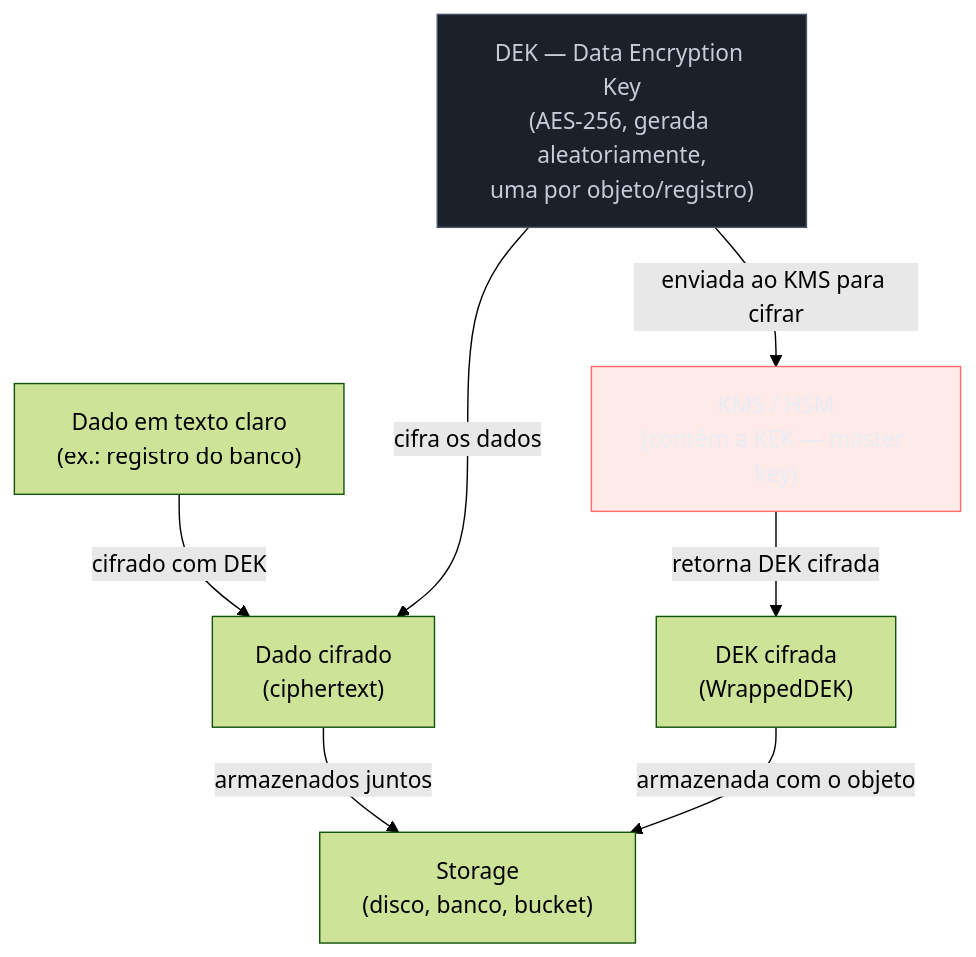
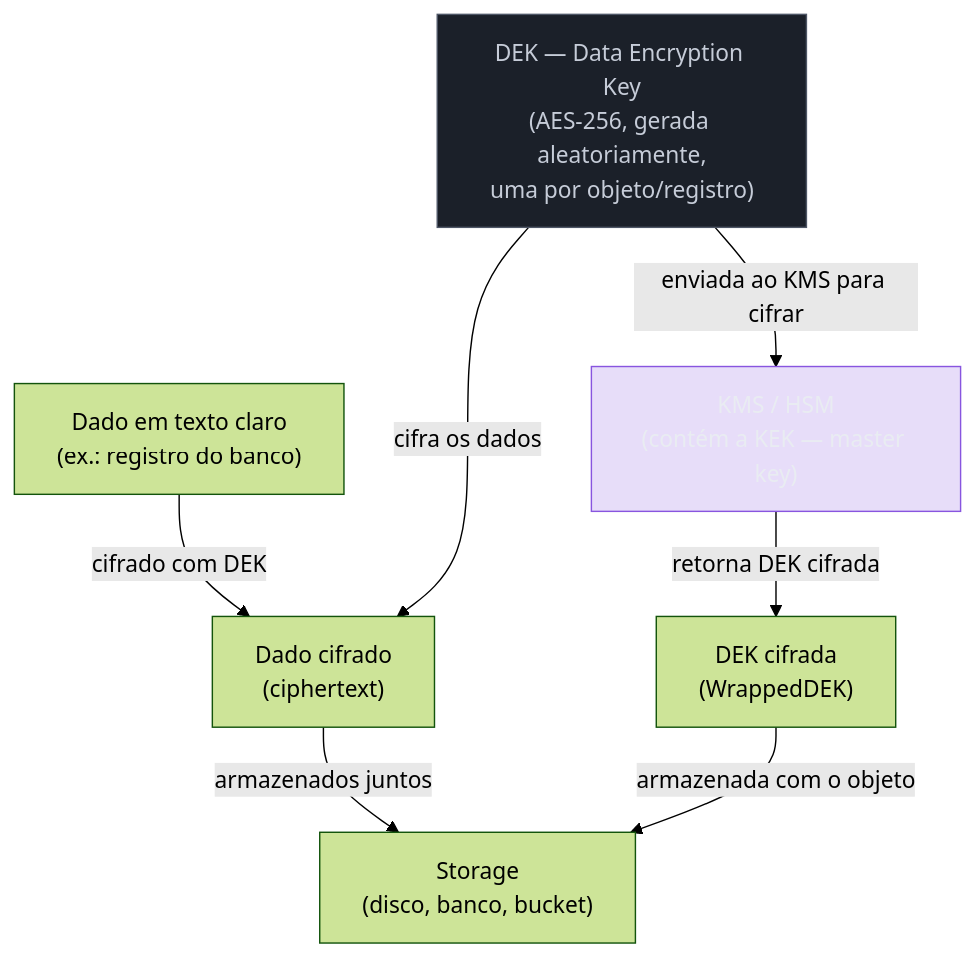
Before and after one commit to josenaldo/codex-technomanticus: the fifth of 6 diagrams in 03-Dominios/Engenharia/Segurança/14 - Criptografia em trânsito e em repouso.md, drawn with Mermaid (forest theme). The commit also changed other lines of this file and 601 other files, not shown here.

````diff
--- a/03-Dominios/Engenharia/Segurança/14 - Criptografia em trânsito e em repouso.md
+++ b/03-Dominios/Engenharia/Segurança/14 - Criptografia em trânsito e em repouso.md
@@ -203,13 +202,13 @@
 ```mermaid
 flowchart TD
-    classDef falha fill:#FF6B6B24,stroke:#FF6B6B,color:#E9ECF2
+    classDef marca fill:#8855DF33,stroke:#8855DF,color:#E9ECF2
     classDef neutro fill:#1B2029,stroke:#4E5666,color:#C6CCD8
     DADO["Dado em texto claro\n(ex.: registro do banco)"] -->|"cifrado com DEK"| OBJ_DEC["Dado cifrado\n(ciphertext)"]
     DEK["DEK — Data Encryption Key\n(AES-256, gerada aleatoriamente,\numa por objeto/registro)"] -->|"cifra os dados"| OBJ_DEC
     DEK -->|"enviada ao KMS para cifrar"| KMS["KMS / HSM\n(contém a KEK — master key)"]
     KMS -->|"retorna DEK cifrada"| DEK_C["DEK cifrada\n(WrappedDEK)"]
     OBJ_DEC -->|"armazenados juntos"| STORAGE["Storage\n(disco, banco, bucket)"]
     DEK_C -->|"armazenada com o objeto"| STORAGE
-    class KMS falha
+    class KMS marca
     class DEK neutro
 ```
````
